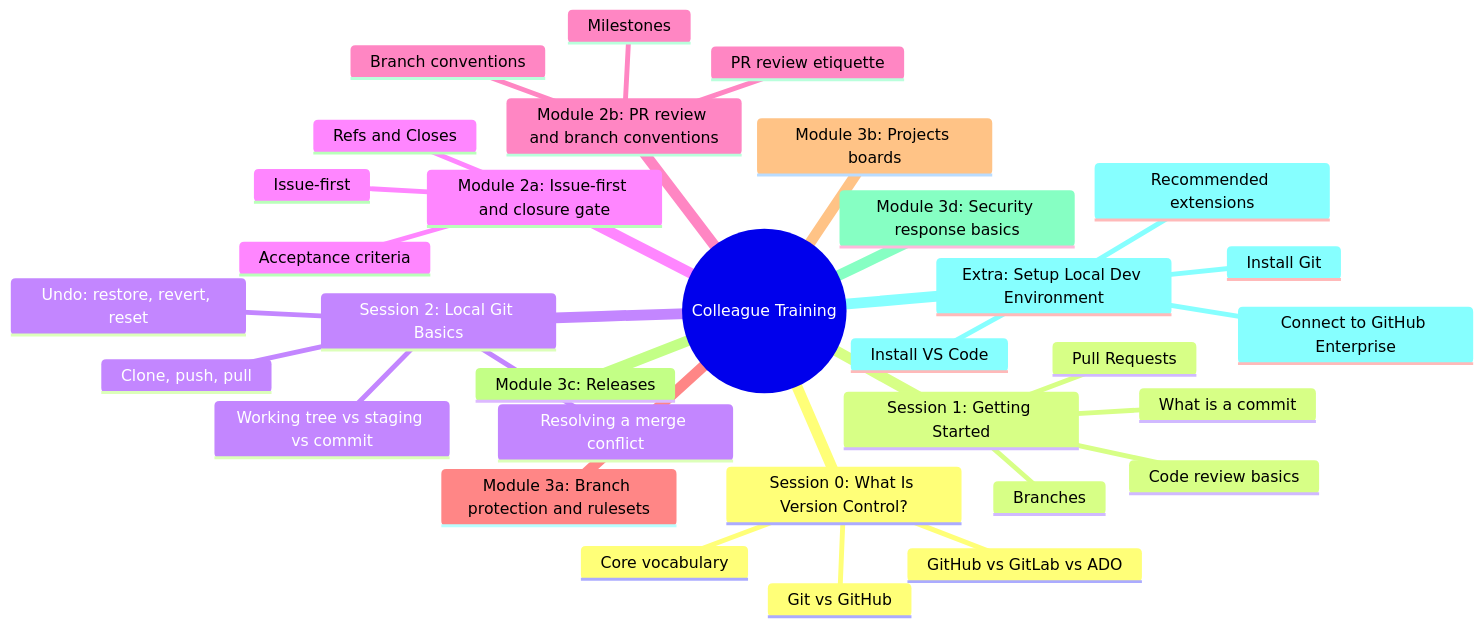
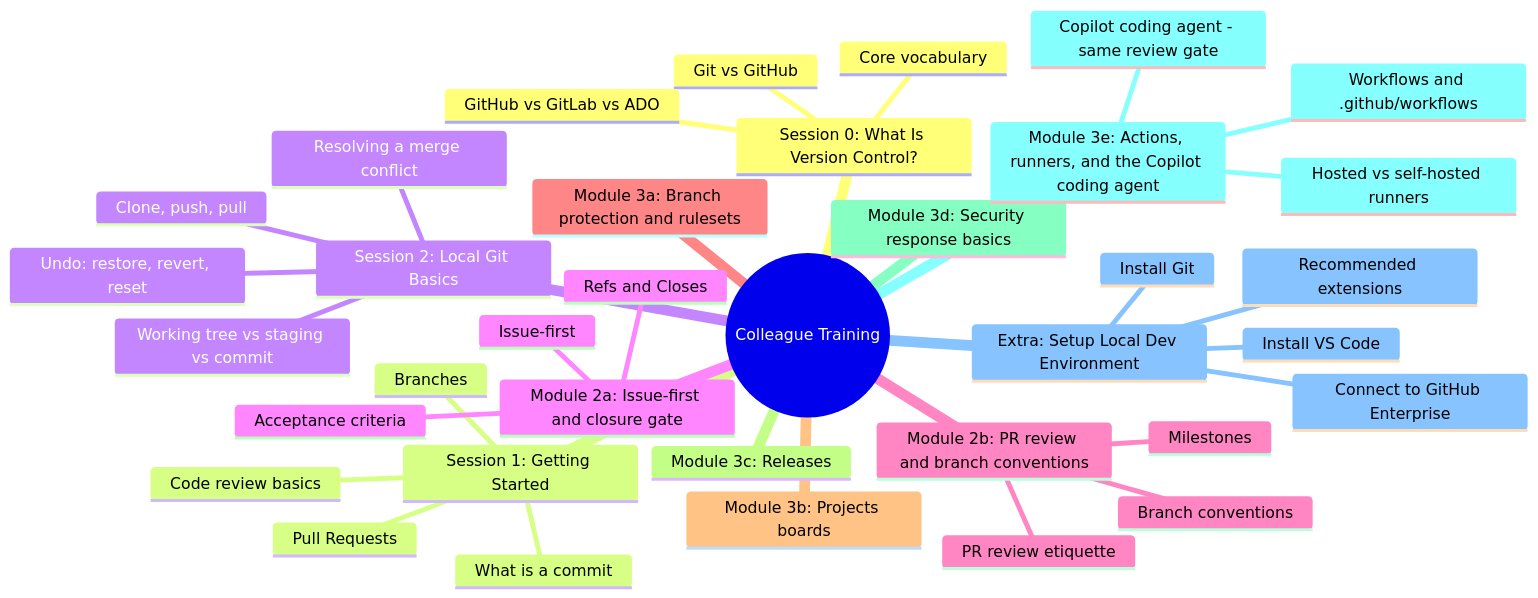
The second of 2 diagrams in education/README.md (JeanKadang/DOC-GitHub-Practice-Skills), drawn with Mermaid before and after one commit. The commit also changed other lines of this file and 3 other files, not shown here.

First line of the commit message:
docs: add Module 3e - Actions, runners, and the Copilot coding agent

````diff
--- a/education/README.md
+++ b/education/README.md
@@ -71,35 +71,39 @@
 ```mermaid
 mindmap
   root((Colleague Training))
     Session 0: What Is Version Control?
       Git vs GitHub
       Core vocabulary
       GitHub vs GitLab vs ADO
     Session 1: Getting Started
       What is a commit
       Branches
       Pull Requests
       Code review basics
     Session 2: Local Git Basics
       Working tree vs staging vs commit
       Clone, push, pull
       Resolving a merge conflict
       Undo: restore, revert, reset
     Module 2a: Issue-first and closure gate
       Issue-first
       Refs and Closes
       Acceptance criteria
     Module 2b: PR review and branch conventions
       PR review etiquette
       Branch conventions
       Milestones
     Module 3a: Branch protection and rulesets
     Module 3b: Projects boards
     Module 3c: Releases
     Module 3d: Security response basics
+    Module 3e: Actions, runners, and the Copilot coding agent
+      Workflows and .github/workflows
+      Hosted vs self-hosted runners
+      Copilot coding agent - same review gate
     Extra: Setup Local Dev Environment
       Install Git
       Install VS Code
       Connect to GitHub Enterprise
       Recommended extensions
 ```
````
